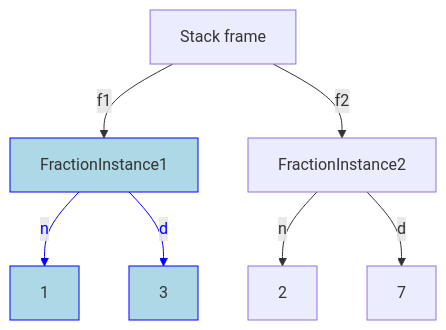
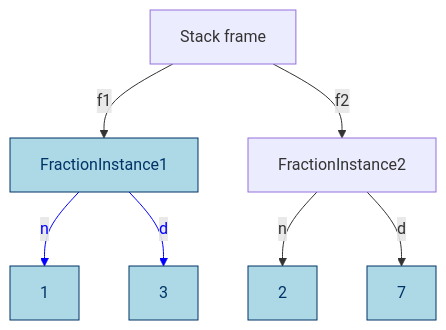
Before and after one commit to TobiasWrigstad/peps: the fifth of 10 diagrams in pep795.md, drawn with Mermaid. The commit also changed other lines of this file, not shown here.

````diff
--- a/pep795.md
+++ b/pep795.md
@@ -124,11 +554,11 @@
 ```mermaid
 graph TD;
   A[Stack frame]-- f1 -->B[FractionInstance1]:::imm
   B-- n -->1:::imm
   B-- d -->3:::imm
   A-- f2 -->D[FractionInstance2]
-  D-- n -->2
-  D-- d -->7
-  classDef imm fill:#ADD8E6,stroke:#00f,stroke-width:1px;
+  D-- n -->2:::imm
+  D-- d -->7:::imm
+  classDef imm fill:#ADD8E6,stroke:#003366,stroke-width:1px,color:#003366;
   linkStyle 1,2 stroke:#00f,stroke-width:1px,color:blue;
 ```
````
